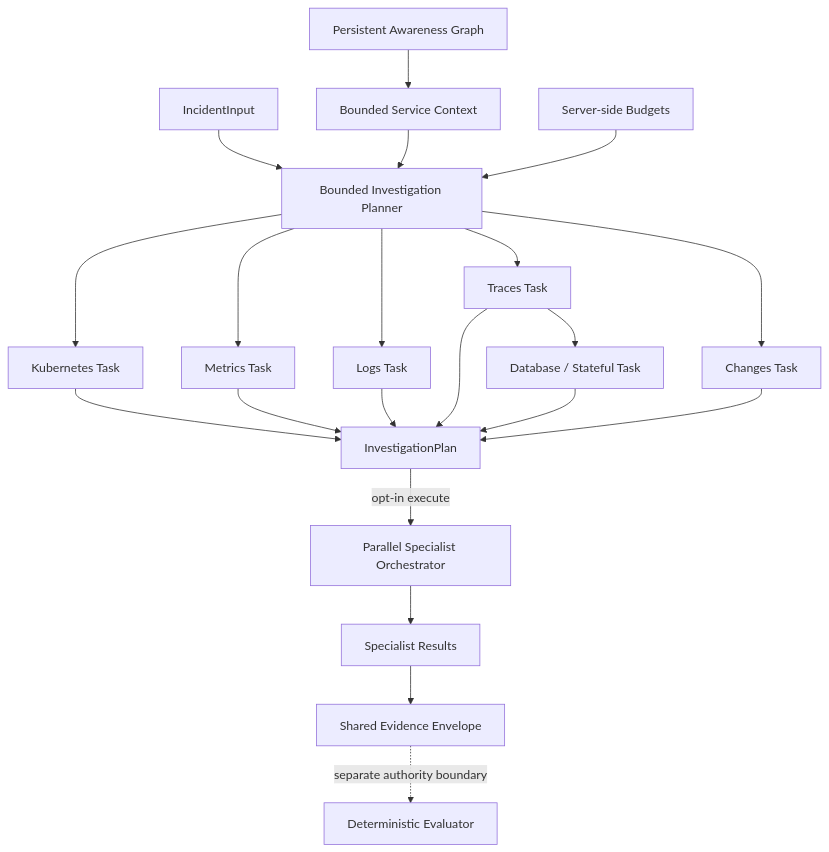
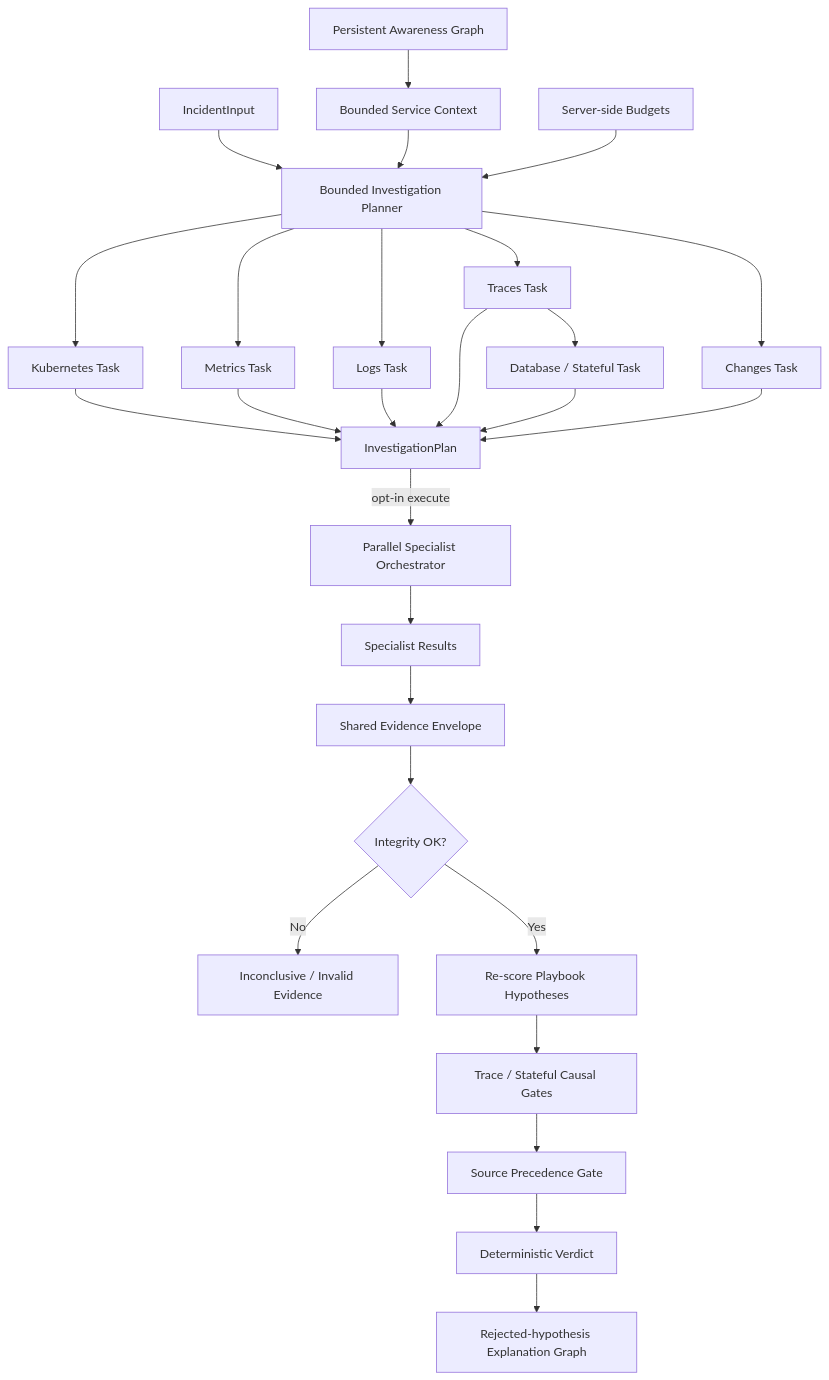
Before and after one commit to marcocristofolini/ai-sre-rca: the diagram in docs/agentic-investigation.md, drawn with Mermaid. The commit also changed other lines of this file, not shown here.

Commit message:
docs: describe deterministic shared envelope evaluation

```diff
--- a/docs/agentic-investigation.md
+++ b/docs/agentic-investigation.md
@@ -31,26 +31,32 @@
 ~~~mermaid
 flowchart TD
     I[IncidentInput] --> P[Bounded Investigation Planner]
     G[Persistent Awareness Graph] --> C[Bounded Service Context]
     C --> P
     S[Server-side Budgets] --> P
 
     P --> K[Kubernetes Task]
     P --> M[Metrics Task]
     P --> L[Logs Task]
     P --> T[Traces Task]
     T --> D[Database / Stateful Task]
     P --> CH[Changes Task]
 
     K --> OUT[InvestigationPlan]
     M --> OUT
     L --> OUT
     T --> OUT
     D --> OUT
     CH --> OUT
 
     OUT -->|opt-in execute| ORCH[Parallel Specialist Orchestrator]
     ORCH --> SE[Specialist Results]
     SE --> EV[Shared Evidence Envelope]
-    EV -. separate authority boundary .-> DET[Deterministic Evaluator]
+    EV --> HASH{Integrity OK?}
+    HASH -->|No| FAIL[Inconclusive / Invalid Evidence]
+    HASH -->|Yes| SCORE[Re-score Playbook Hypotheses]
+    SCORE --> CAUSAL[Trace / Stateful Causal Gates]
+    CAUSAL --> PRE[Source Precedence Gate]
+    PRE --> DET[Deterministic Verdict]
+    DET --> EX[Rejected-hypothesis Explanation Graph]
 ~~~
```
